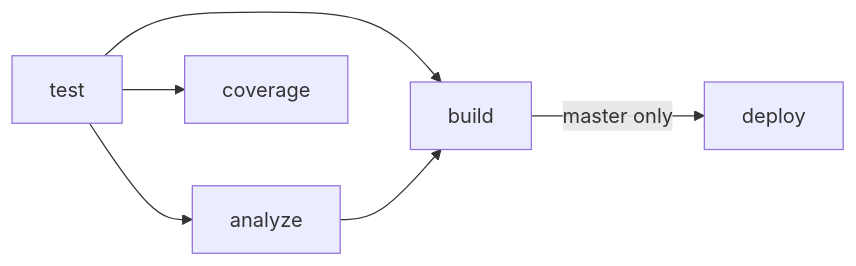
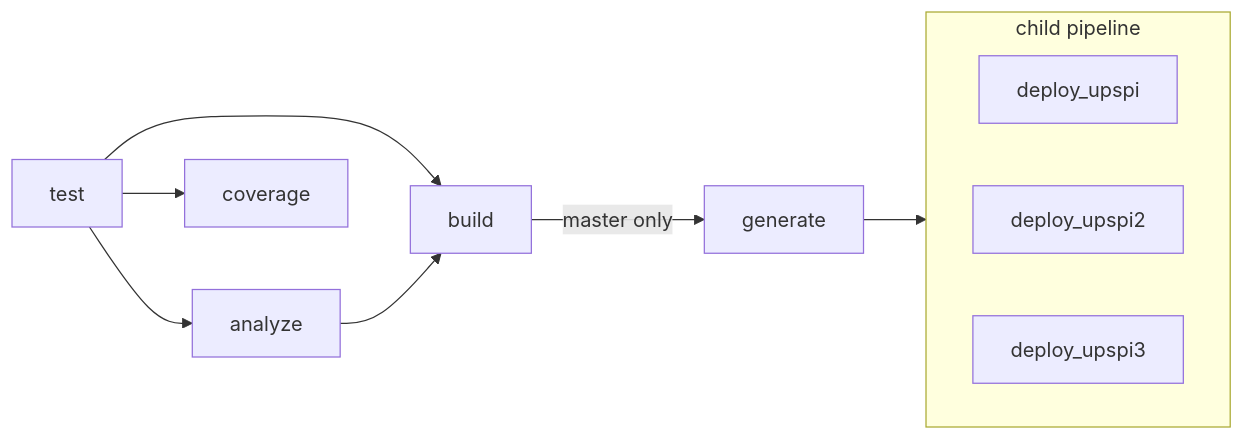
Before and after one commit to vifair22/airies-ups-c: the diagram in DEPLOY.md, drawn with Mermaid. The commit also changed other lines of this file and 1 other file, not shown here.

Commit message:
ci: split deploy into per-host child-pipeline jobs + fix SSH key newline
Two coupled fixes:

1. SSH key — GitLab File-type variables strip the trailing newline.
   OpenSSH refuses keys without one, surfacing as
       Load key "/root/.ssh/id_ed25519": error in libcrypto
   followed by Permission denied (publickey). Append a newline after
   copying the key into place.

2. Replace the single deploy job with a DOH-Proxy-style dynamically-
   generated child pipeline. generate_deploy_child_pipeline reads
   $UPS_DEPLOY_HOSTS and emits deploy-child.yml with one job per host
   (deploy_<slug>). The deploy trigger job loads the artifact and runs
   them with strategy: depend so the parent reflects child status.

   Each child job pulls the build artifact from the parent via
   needs:pipeline:$CI_PARENT_PIPELINE_ID and tags itself docker,unraid
   for internal-LAN reach. Children run in parallel; synchronized
   bounce is acceptable since UPS daemons are independent across hosts.

````diff
--- a/DEPLOY.md
+++ b/DEPLOY.md
@@ -345,8 +345,15 @@
 ```mermaid
 flowchart LR
   test --> analyze
   test --> coverage
   test --> build
   analyze --> build
-  build -->|master only| deploy
+  build -->|master only| generate
+  generate --> child
+  subgraph child[child pipeline]
+    direction LR
+    deploy_upspi
+    deploy_upspi2
+    deploy_upspi3
+  end
 ```
````
